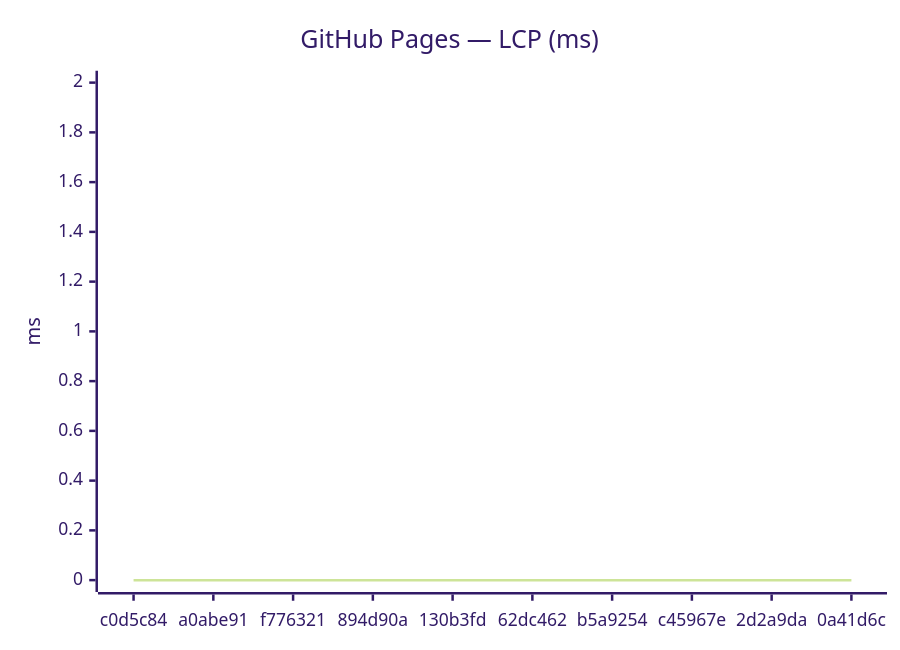
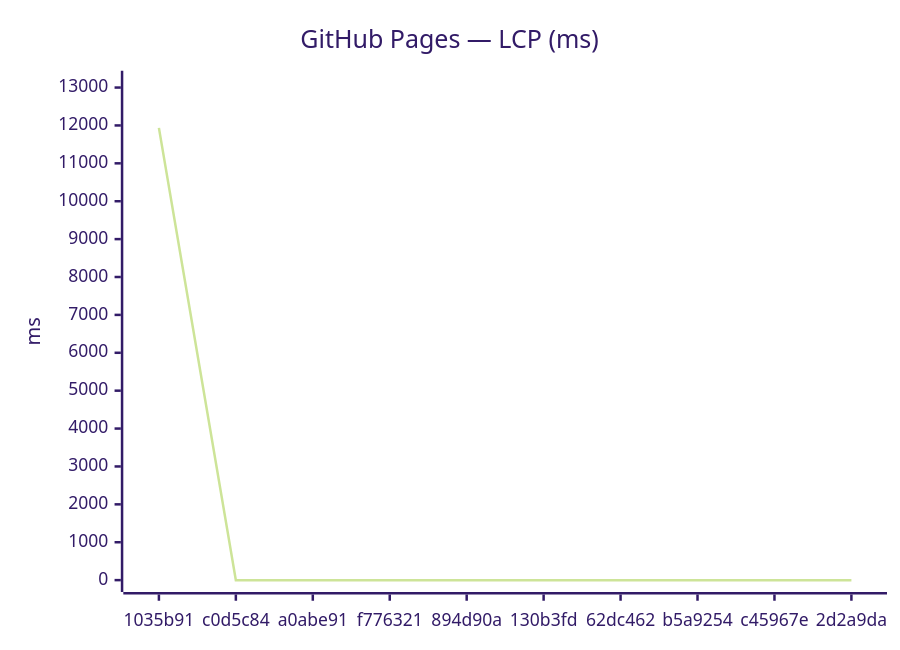
One commit to Metaheurist/Rianell changed the third of 18 diagrams in benchmarks/compare.md. Above: the diagram before and after it, drawn with Mermaid (forest theme). The commit also changed other lines of this file and 11 other files, not shown here.

````diff
--- a/benchmarks/compare.md
+++ b/benchmarks/compare.md
@@ -54,7 +54,7 @@
 ```mermaid
 xychart-beta
     title "GitHub Pages — LCP (ms)"
-    x-axis ["c0d5c84", "a0abe91", "f776321", "894d90a", "130b3fd", "62dc462", "b5a9254", "c45967e", "2d2a9da", "0a41d6c"]
-    y-axis "ms" 0 --> 2
-    line [0, 0, 0, 0, 0, 0, 0, 0, 0, 0]
+    x-axis ["1035b91", "c0d5c84", "a0abe91", "f776321", "894d90a", "130b3fd", "62dc462", "b5a9254", "c45967e", "2d2a9da"]
+    y-axis "ms" 0 --> 13130
+    line [11936, 0, 0, 0, 0, 0, 0, 0, 0, 0]
 ```
````
